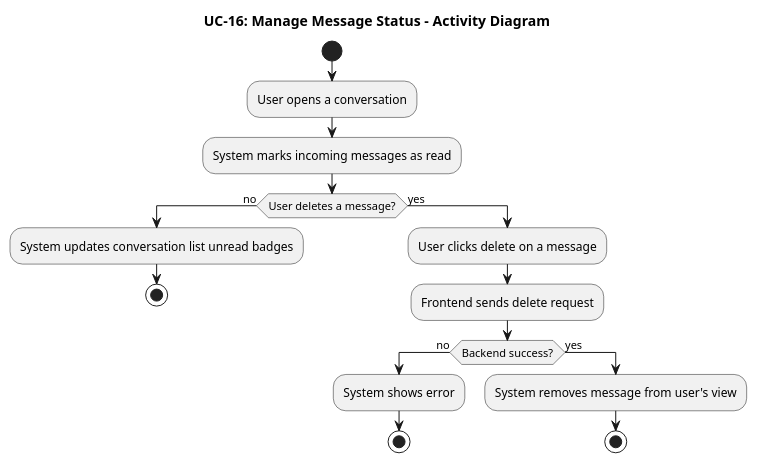
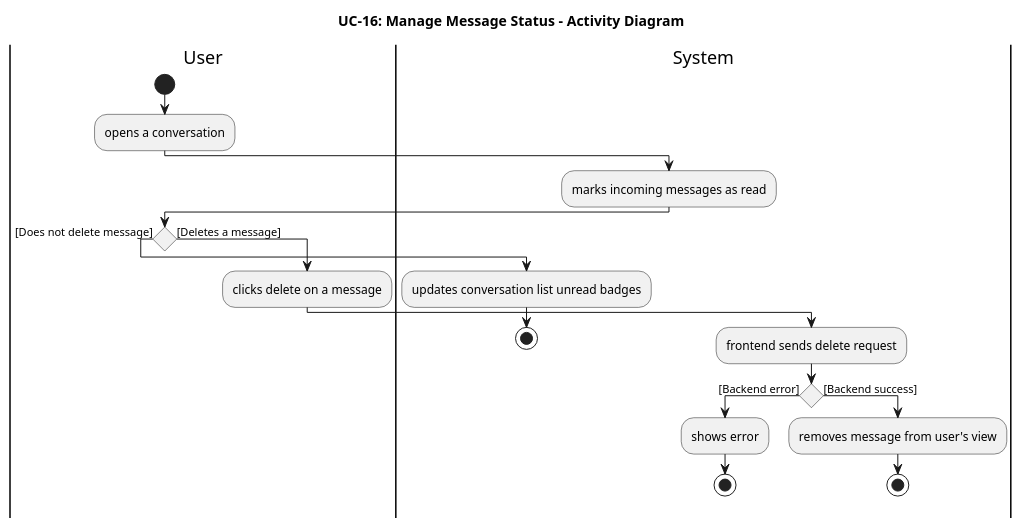
One commit to pzyllll/BridgeU changed diagram 18 of 27 in springboot-backend/BridgeU-SRS.md. Above: the diagram before and after it, drawn with PlantUML. The commit also changed other lines of this file and 5 other files, not shown here.

````diff
--- a/springboot-backend/BridgeU-SRS.md
+++ b/springboot-backend/BridgeU-SRS.md
@@ -2165,23 +2391,33 @@
 ```plantuml
 @startuml UC16_Activity_Diagram
 title UC-16: Manage Message Status - Activity Diagram
 
+|User|
 start
-:User opens a conversation;
-:System marks incoming messages as read;
-if (User deletes a message?) then (no)
-  :System updates conversation list unread badges;
+:opens a conversation;
+
+|System|
+:marks incoming messages as read;
+
+|User|
+if () then ([Does not delete message])
+  |System|
+  :updates conversation list unread badges;
   stop
-else (yes)
-  :User clicks delete on a message;
-  :Frontend sends delete request;
-  if (Backend success?) then (no)
-    :System shows error;
+else ([Deletes a message])
+  |User|
+  :clicks delete on a message;
+  
+  |System|
+  :frontend sends delete request;
+  
+  if () then ([Backend error])
+    :shows error;
     stop
-  else (yes)
-    :System removes message from user's view;
+  else ([Backend success])
+    :removes message from user's view;
     stop
   endif
 endif
 @enduml
 ```
````
